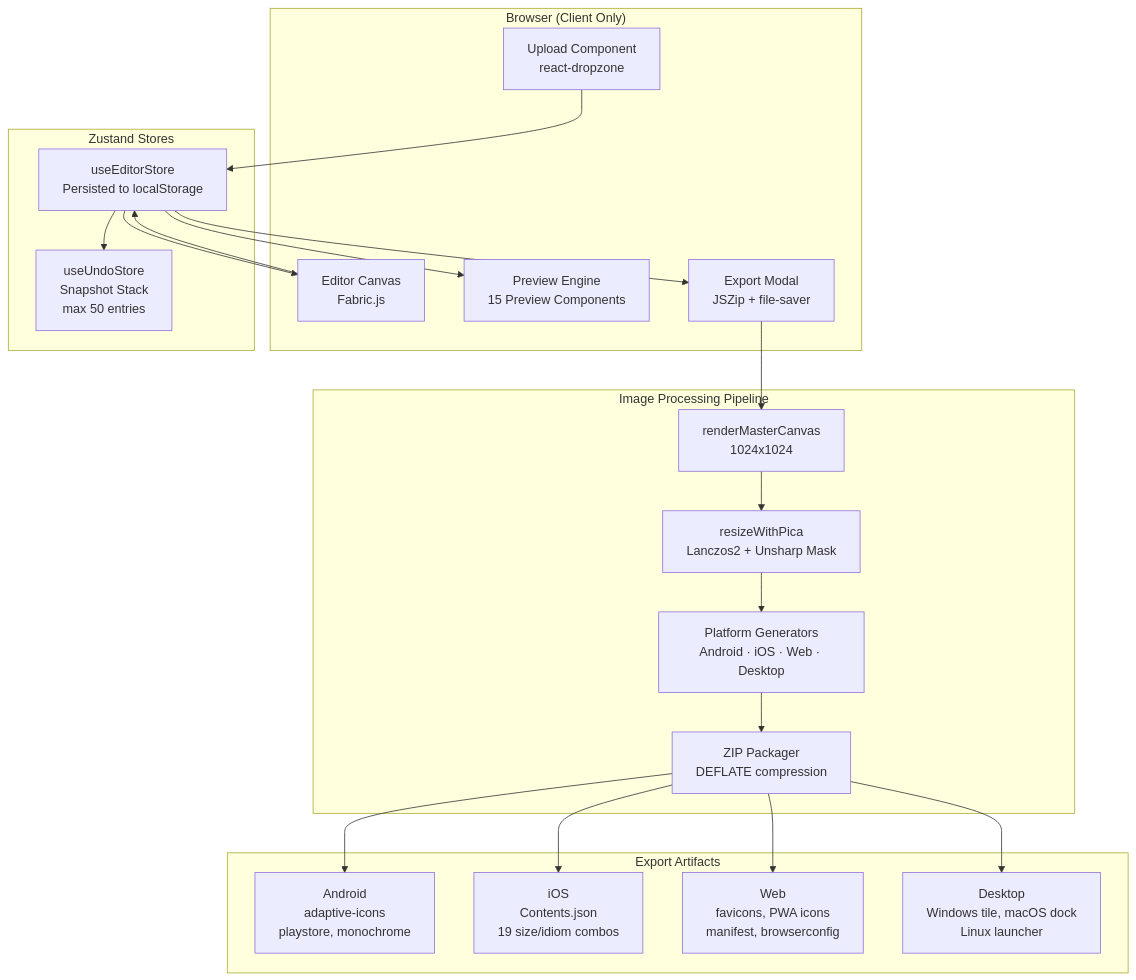
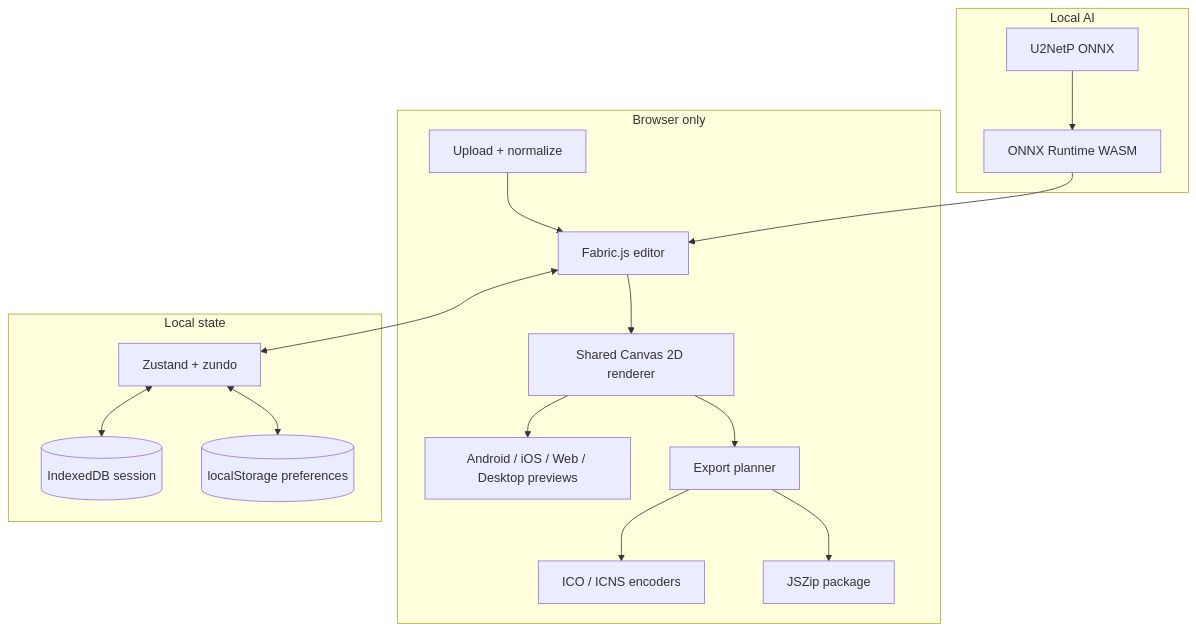
One commit to devasishpal/Cloud_Icon_Studio changed the second of 2 diagrams in README.md. Above: the diagram before and after it, drawn with Mermaid. The commit also changed other lines of this file and 2 other files, not shown here.

````diff
--- a/README.md
+++ b/README.md
@@ -47,43 +260,35 @@
 ```mermaid
 flowchart TB
-    subgraph User["Browser (Client Only)"]
-        Upload[Upload Component<br/>react-dropzone]
-        Editor[Editor Canvas<br/>Fabric.js]
-        Previews[Preview Engine<br/>15 Preview Components]
-        Export[Export Modal<br/>JSZip + file-saver]
+    subgraph Browser["Browser only"]
+        Upload[Upload + normalize]
+        Editor[Fabric.js editor]
+        Renderer[Shared Canvas 2D renderer]
+        Previews[Android / iOS / Web / Desktop previews]
+        Planner[Export planner]
+        Encoders[ICO / ICNS encoders]
+        Zip[JSZip package]
     end
 
-    subgraph State["Zustand Stores"]
-        EditorStore[useEditorStore<br/>Persisted to localStorage]
-        UndoStore[useUndoStore<br/>Snapshot Stack<br/>max 50 entries]
+    subgraph State["Local state"]
+        Store[Zustand + zundo]
+        IDB[(IndexedDB session)]
+        LS[(localStorage preferences)]
     end
 
-    subgraph Processing["Image Processing Pipeline"]
-        Master[renderMasterCanvas<br/>1024x1024]
-        Pica[resizeWithPica<br/>Lanczos2 + Unsharp Mask]
-        Generators[Platform Generators<br/>Android · iOS · Web · Desktop]
-        Packer[ZIP Packager<br/>DEFLATE compression]
+    subgraph LocalAI["Local AI"]
+        Model[U2NetP ONNX]
+        ORT[ONNX Runtime WASM]
     end
 
-    subgraph Output["Export Artifacts"]
-        Android[Android<br/>adaptive-icons<br/>playstore, monochrome]
-        iOS[iOS<br/>Contents.json<br/>19 size/idiom combos]
-        Web[Web<br/>favicons, PWA icons<br/>manifest, browserconfig]
-        Desktop[Desktop<br/>Windows tile, macOS dock<br/>Linux launcher]
-    end
-
-    Upload --> EditorStore
-    Editor --> EditorStore
-    EditorStore --> Editor
-    EditorStore --> UndoStore
-    EditorStore --> Previews
-    EditorStore --> Export
-    Export --> Master
-    Master --> Pica
-    Pica --> Generators
-    Generators --> Packer
-    Packer --> Android
-    Packer --> iOS
-    Packer --> Web
-    Packer --> Desktop
+    Upload --> Editor
+    Editor <--> Store
+    Store <--> IDB
+    Store <--> LS
+    Editor --> Renderer
+    Renderer --> Previews
+    Renderer --> Planner
+    Model --> ORT
+    ORT --> Editor
+    Planner --> Encoders
+    Planner --> Zip
 ```
````
